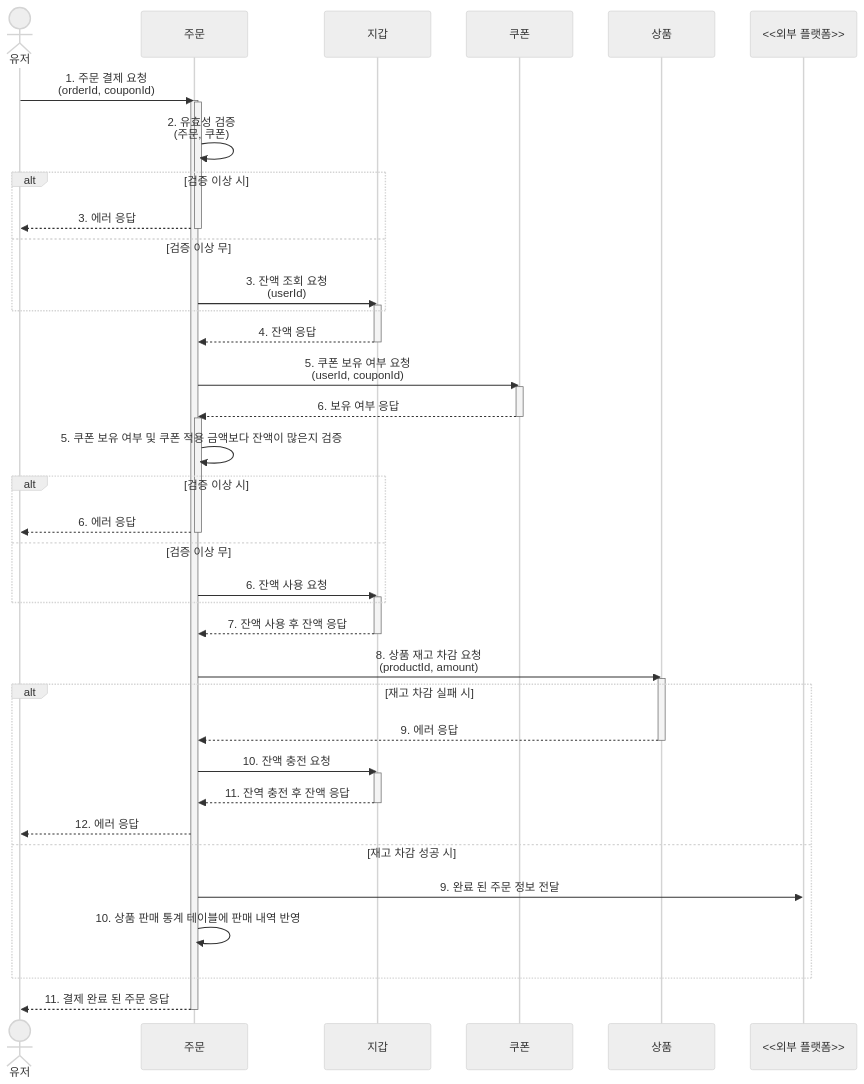
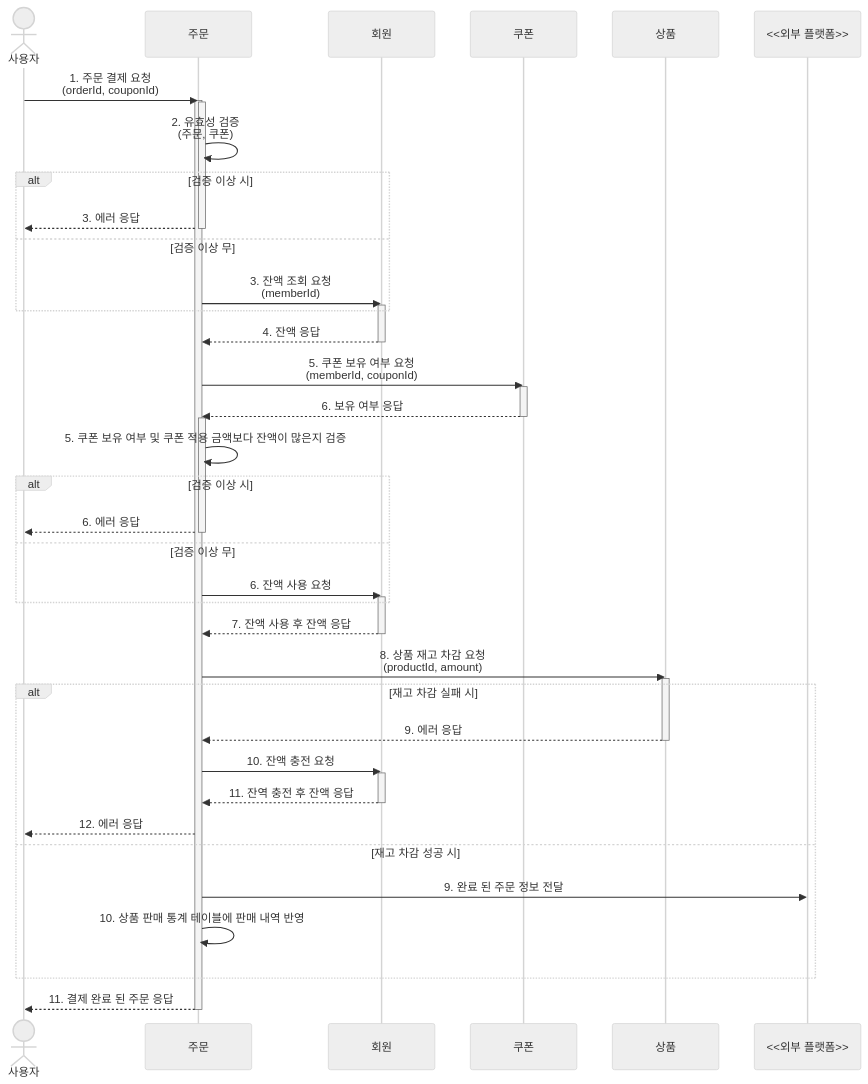
Diagram 15 of 15 in docs/sequence_diagram.md (psyoongsc/hhplus-ts-server), drawn with Mermaid (neutral theme) before and after one commit. The commit also changed other lines of this file, not shown here.

````diff
--- a/docs/sequence_diagram.md
+++ b/docs/sequence_diagram.md
@@ -331,61 +331,61 @@
         ```mermaid
         sequenceDiagram
-            actor User as 유저
+            actor User as 사용자
             participant Order as 주문
-            participant Wallet as 지갑
+            participant Member as 회원
             participant Coupon as 쿠폰
             participant Product as 상품
             participant Outside as <<외부 플랫폼>>
         
             User->>Order: 1. 주문 결제 요청<br/>(orderId, couponId)
             Activate Order
         
             Activate Order
             Order->>Order: 2. 유효성 검증<br/>(주문, 쿠폰)
             alt 검증 이상 시
                 Order-->>User: 3. 에러 응답
             Deactivate Order
             else 검증 이상 무
-                Order->>Wallet: 3. 잔액 조회 요청<br/>(userId)
-            Activate Wallet
+                Order->>Member: 3. 잔액 조회 요청<br/>(memberId)
+            Activate Member
             end
-            Wallet-->>Order: 4. 잔액 응답
-            Deactivate Wallet
+            Member-->>Order: 4. 잔액 응답
+            Deactivate Member
         
-            Order->>Coupon: 5. 쿠폰 보유 여부 요청<br/>(userId, couponId)
+            Order->>Coupon: 5. 쿠폰 보유 여부 요청<br/>(memberId, couponId)
             Activate Coupon
             Coupon-->>Order: 6. 보유 여부 응답
             Deactivate Coupon
         
             Activate Order
             Order->>Order: 5. 쿠폰 보유 여부 및 쿠폰 적용 금액보다 잔액이 많은지 검증
             alt 검증 이상 시
                 Order-->>User: 6. 에러 응답
             Deactivate Order
             else 검증 이상 무
         
-            Order->>Wallet: 6. 잔액 사용 요청
-            Activate Wallet
+            Order->>Member: 6. 잔액 사용 요청
+            Activate Member
             end
-            Wallet-->>Order: 7. 잔액 사용 후 잔액 응답
-            Deactivate Wallet
+            Member-->>Order: 7. 잔액 사용 후 잔액 응답
+            Deactivate Member
         
             Order->>Product: 8. 상품 재고 차감 요청<br/>(productId, amount)
             Activate Product
             alt 재고 차감 실패 시
                 Product-->>Order: 9. 에러 응답
                 Deactivate Product
-                Order->>Wallet: 10. 잔액 충전 요청
-                Activate Wallet
-                Wallet-->>Order: 11. 잔역 충전 후 잔액 응답
-                Deactivate Wallet
+                Order->>Member: 10. 잔액 충전 요청
+                Activate Member
+                Member-->>Order: 11. 잔역 충전 후 잔액 응답
+                Deactivate Member
                 Order-->>User: 12. 에러 응답
             else 재고 차감 성공 시
                 Order->>Outside: 9. 완료 된 주문 정보 전달
                 Order->>Order: 10. 상품 판매 통계 테이블에 판매 내역 반영
             end
             
             Order-->>User: 11. 결제 완료 된 주문 응답
         
             Deactivate Order
         ```
````
